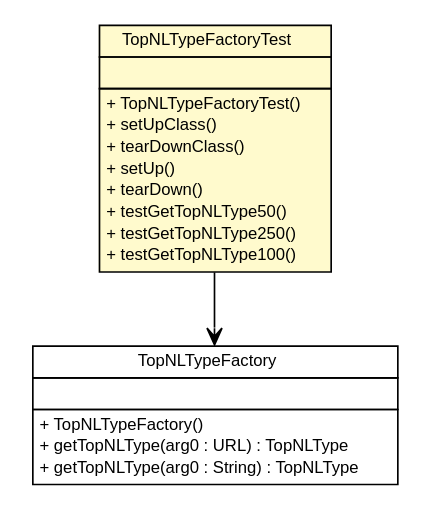
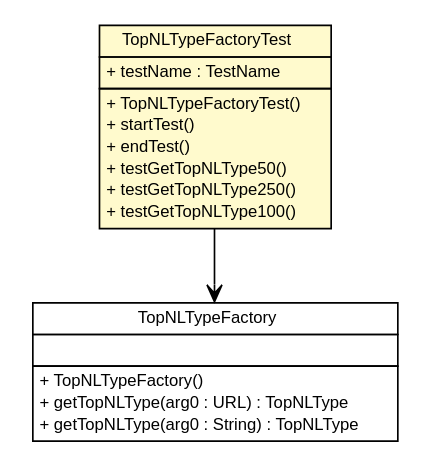
The diagram in topnlparser/testapidocs/nl/b3p/topnl/TopNLTypeFactoryTest.dot (B3Partners/brmo), drawn with Graphviz before and after one commit. The commit also changed 751 other files, not shown here.

```diff
--- a/topnlparser/testapidocs/nl/b3p/topnl/TopNLTypeFactoryTest.dot
+++ b/topnlparser/testapidocs/nl/b3p/topnl/TopNLTypeFactoryTest.dot
@@ -1,47 +1,45 @@
 #!/usr/local/bin/dot
 #
 # Class diagram 
 # Generated by UMLGraph version R5_6-24-gf6e263 (http://www.umlgraph.org/)
 #
 
 digraph G {
 	edge [fontname="Helvetica",fontsize=10,labelfontname="Helvetica",labelfontsize=10];
 	node [fontname="Helvetica",fontsize=10,shape=plaintext];
 	nodesep=0.25;
 	ranksep=0.5;
 	// nl.b3p.topnl.TopNLTypeFactoryTest
 	c164 [label=<<table title="nl.b3p.topnl.TopNLTypeFactoryTest" border="0" cellborder="1" cellspacing="0" cellpadding="2" port="p" bgcolor="lemonChiffon" href="./TopNLTypeFactoryTest.html">
 		<tr><td><table border="0" cellspacing="0" cellpadding="1">
 <tr><td align="center" balign="center"> TopNLTypeFactoryTest </td></tr>
 		</table></td></tr>
 		<tr><td><table border="0" cellspacing="0" cellpadding="1">
-<tr><td align="left" balign="left">  </td></tr>
+<tr><td align="left" balign="left"> + testName : TestName </td></tr>
 		</table></td></tr>
 		<tr><td><table border="0" cellspacing="0" cellpadding="1">
 <tr><td align="left" balign="left"> + TopNLTypeFactoryTest() </td></tr>
-<tr><td align="left" balign="left"> + setUpClass() </td></tr>
-<tr><td align="left" balign="left"> + tearDownClass() </td></tr>
-<tr><td align="left" balign="left"> + setUp() </td></tr>
-<tr><td align="left" balign="left"> + tearDown() </td></tr>
+<tr><td align="left" balign="left"> + startTest() </td></tr>
+<tr><td align="left" balign="left"> + endTest() </td></tr>
 <tr><td align="left" balign="left"> + testGetTopNLType50() </td></tr>
 <tr><td align="left" balign="left"> + testGetTopNLType250() </td></tr>
 <tr><td align="left" balign="left"> + testGetTopNLType100() </td></tr>
 		</table></td></tr>
 		</table>>, URL="./TopNLTypeFactoryTest.html", fontname="Helvetica", fontcolor="black", fontsize=10.0];
 	// nl.b3p.topnl.TopNLTypeFactoryTest NAVASSOC nl.b3p.topnl.TopNLTypeFactory
 	c164:p -> c172:p [taillabel="", label="", headlabel="", fontname="Helvetica", fontcolor="black", fontsize=10.0, color="black", arrowhead=open];
 	// nl.b3p.topnl.TopNLTypeFactory
 	c172 [label=<<table title="nl.b3p.topnl.TopNLTypeFactory" border="0" cellborder="1" cellspacing="0" cellpadding="2" port="p">
 		<tr><td><table border="0" cellspacing="0" cellpadding="1">
 <tr><td align="center" balign="center"> TopNLTypeFactory </td></tr>
 		</table></td></tr>
 		<tr><td><table border="0" cellspacing="0" cellpadding="1">
 <tr><td align="left" balign="left">  </td></tr>
 		</table></td></tr>
 		<tr><td><table border="0" cellspacing="0" cellpadding="1">
 <tr><td align="left" balign="left"> + TopNLTypeFactory() </td></tr>
 <tr><td align="left" balign="left"> + getTopNLType(arg0 : URL) : TopNLType </td></tr>
 <tr><td align="left" balign="left"> + getTopNLType(arg0 : String) : TopNLType </td></tr>
 		</table></td></tr>
 		</table>>, URL="null", fontname="Helvetica", fontcolor="black", fontsize=10.0];
 }
```
